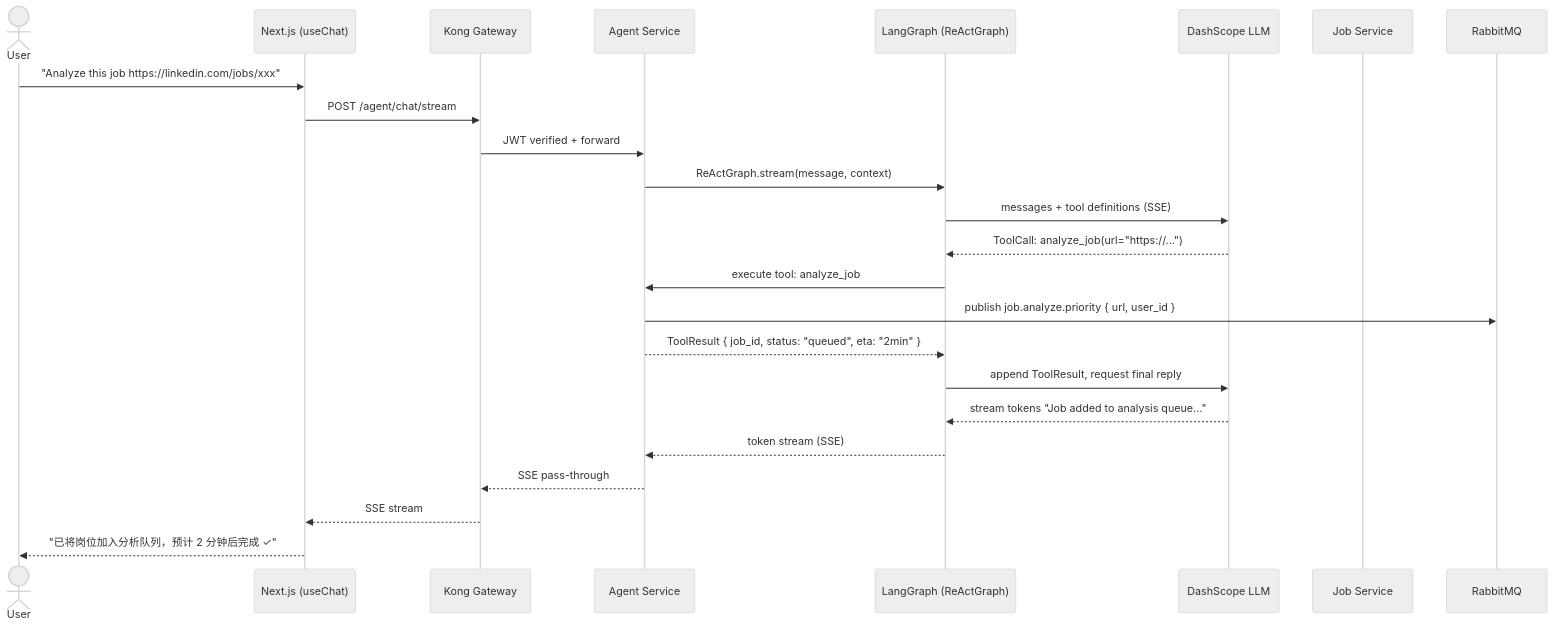
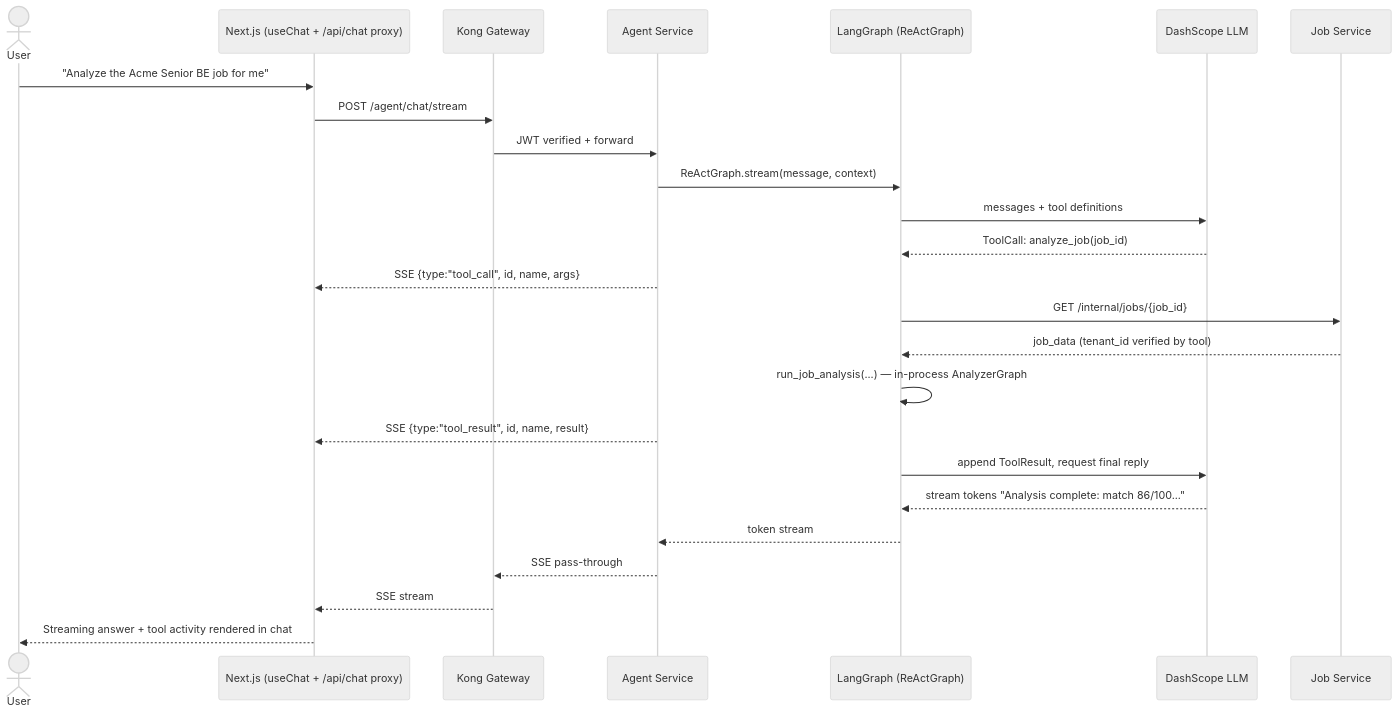
Before and after one commit to shangxiang0907/JobCopilot: the seventh of 13 diagrams in docs/SAD.md, drawn with Mermaid (neutral theme). The commit also changed other lines of this file and 3 other files, not shown here.

````diff
--- a/docs/SAD.md
+++ b/docs/SAD.md
@@ -251,30 +257,31 @@
 ```mermaid
 sequenceDiagram
     actor User
-    participant FE as Next.js (useChat)
+    participant FE as Next.js (useChat + /api/chat proxy)
     participant Kong as Kong Gateway
     participant AS as Agent Service
     participant LG as LangGraph (ReActGraph)
     participant LLM as DashScope LLM
     participant JS as Job Service
-    participant MQ as RabbitMQ
 
-    User->>FE: "Analyze this job https://linkedin.com/jobs/xxx"
+    User->>FE: "Analyze the Acme Senior BE job for me"
     FE->>Kong: POST /agent/chat/stream
     Kong->>AS: JWT verified + forward
     AS->>LG: ReActGraph.stream(message, context)
 
-    LG->>LLM: messages + tool definitions (SSE)
-    LLM-->>LG: ToolCall: analyze_job(url="https://...")
+    LG->>LLM: messages + tool definitions
+    LLM-->>LG: ToolCall: analyze_job(job_id)
+    AS-->>FE: SSE {type:"tool_call", id, name, args}
 
-    LG->>AS: execute tool: analyze_job
-    AS->>MQ: publish job.analyze.priority { url, user_id }
-    AS-->>LG: ToolResult { job_id, status: "queued", eta: "2min" }
+    LG->>JS: GET /internal/jobs/{job_id}
+    JS-->>LG: job_data (tenant_id verified by tool)
+    LG->>LG: run_job_analysis(...) — in-process AnalyzerGraph
+    AS-->>FE: SSE {type:"tool_result", id, name, result}
 
     LG->>LLM: append ToolResult, request final reply
-    LLM-->>LG: stream tokens "Job added to analysis queue..."
-    LG-->>AS: token stream (SSE)
+    LLM-->>LG: stream tokens "Analysis complete: match 86/100..."
+    LG-->>AS: token stream
     AS-->>Kong: SSE pass-through
     Kong-->>FE: SSE stream
-    FE-->>User: "已将岗位加入分析队列，预计 2 分钟后完成 ✓"
+    FE-->>User: Streaming answer + tool activity rendered in chat
 ```
````
